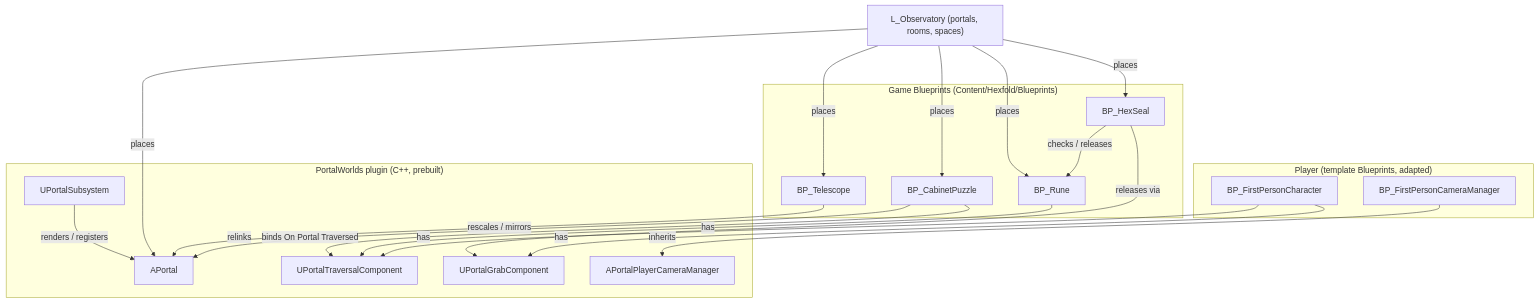
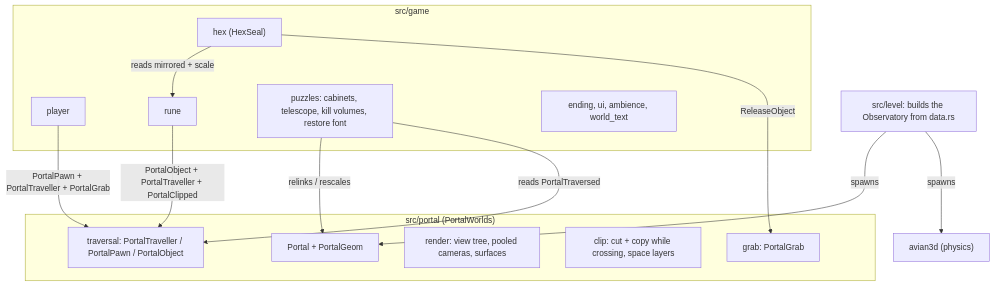
Before and after one commit to lcosti20/Hexfold: the diagram in docs/Architecture.md, drawn with Mermaid. The commit also changed other lines of this file and 5 other files, not shown here.

````diff
--- a/docs/Architecture.md
+++ b/docs/Architecture.md
@@ -11,37 +11,28 @@
 ```mermaid
 flowchart TB
-    subgraph Plugin["PortalWorlds plugin (C++, prebuilt)"]
-        Portal["APortal"]
-        Trav["UPortalTraversalComponent"]
-        Grab["UPortalGrabComponent"]
-        Cam["APortalPlayerCameraManager"]
-        Sub["UPortalSubsystem"]
+    subgraph Plugin["src/portal (PortalWorlds)"]
+        Portal["Portal + PortalGeom"]
+        Trav["traversal: PortalTraveller / PortalPawn / PortalObject"]
+        Render["render: view tree, pooled cameras, surfaces"]
+        Clip["clip: cut + copy while crossing, space layers"]
+        Grab["grab: PortalGrab"]
     end
-    subgraph Player["Player (template Blueprints, adapted)"]
-        Char["BP_FirstPersonCharacter"]
-        CamBP["BP_FirstPersonCameraManager"]
+    subgraph Game["src/game"]
+        Player["player"]
+        Rune["rune"]
+        Hex["hex (HexSeal)"]
+        Puz["puzzles: cabinets, telescope, kill volumes, restore font"]
+        End["ending, ui, ambience, world_text"]
     end
-    subgraph Game["Game Blueprints (Content/Hexfold/Blueprints)"]
-        Rune["BP_Rune"]
-        Seal["BP_HexSeal"]
-        Cab["BP_CabinetPuzzle"]
-        Tel["BP_Telescope"]
-    end
-    Level["L_Observatory (portals, rooms, spaces)"]
+    Level["src/level: builds the Observatory from data.rs"]
+    Phys["avian3d (physics)"]
 
-    CamBP -- inherits --> Cam
-    Char -- has --> Trav
-    Char -- has --> Grab
-    Rune -- has --> Trav
-    Seal -- checks / releases --> Rune
-    Seal -- releases via --> Grab
-    Cab -- binds On Portal Traversed --> Trav
-    Cab -- relinks --> Portal
-    Tel -- rescales / mirrors --> Portal
-    Level -- places --> Portal
-    Level -- places --> Rune
-    Level -- places --> Seal
-    Level -- places --> Cab
-    Level -- places --> Tel
-    Sub -- renders / registers --> Portal
+    Player -- PortalPawn + PortalTraveller + PortalGrab --> Trav
+    Rune -- PortalObject + PortalTraveller + PortalClipped --> Trav
+    Puz -- relinks / rescales --> Portal
+    Puz -- reads PortalTraversed --> Trav
+    Hex -- reads mirrored + scale --> Rune
+    Hex -- ReleaseObject --> Grab
+    Level -- spawns --> Portal
+    Level -- spawns --> Phys
 ```
````
